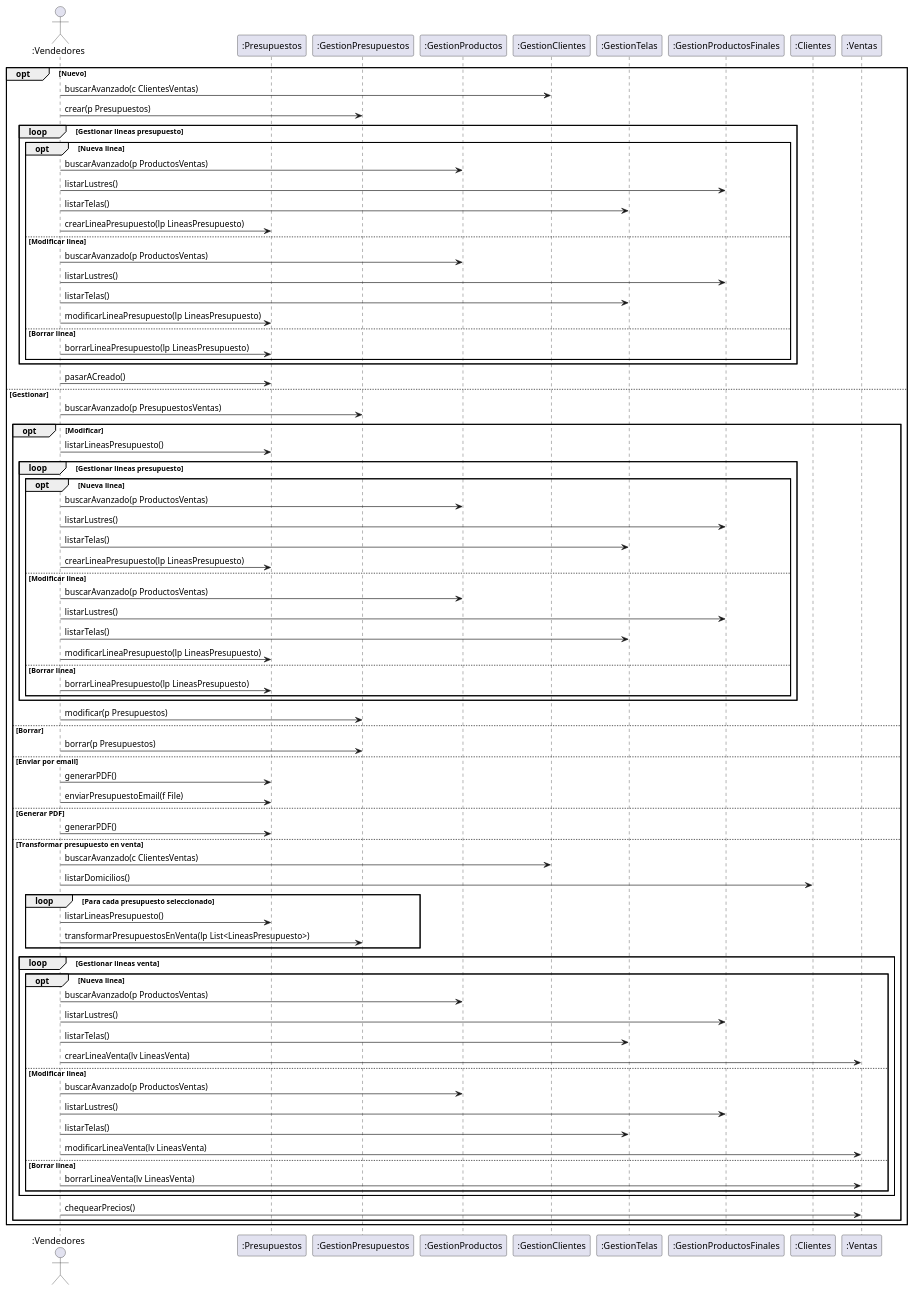
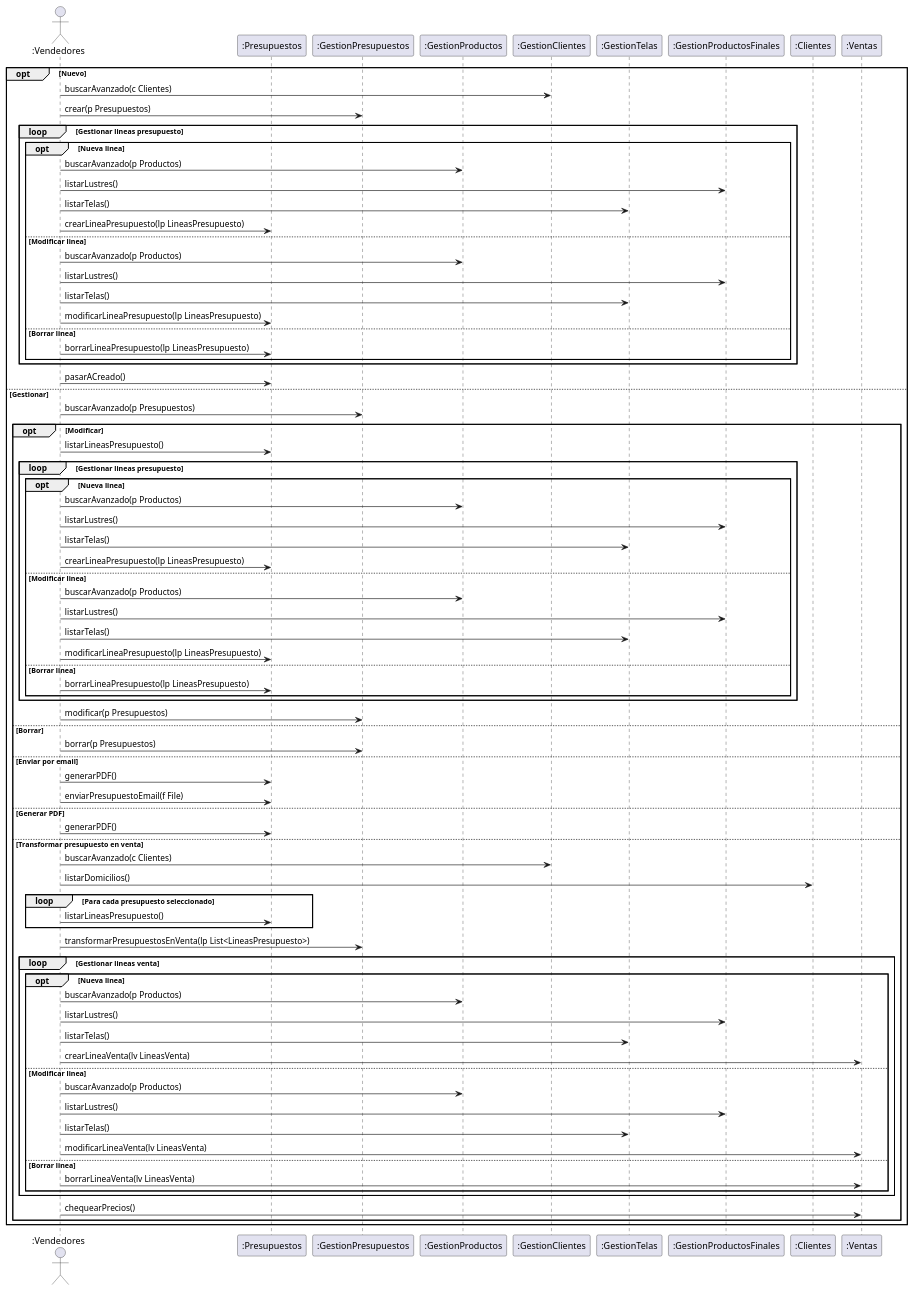
The third of 4 diagrams in DiagramasSecuencia/DiagramaDeSecuencia.puml (ZMGestion/DocumentacionZMGestion), drawn with PlantUML before and after one commit. The commit also changed other lines of this file and 1 other file, not shown here.

Commit message:
Cambios DiagramaDeSecuencia

```diff
--- a/DiagramasSecuencia/DiagramaDeSecuencia.puml
+++ b/DiagramasSecuencia/DiagramaDeSecuencia.puml
@@ -72,83 +83,83 @@
 @startuml GestionPresupuestos
     actor ":Vendedores" as Vendedores
     participant ":Presupuestos" as Presupuestos
     participant ":GestionPresupuestos" as GestionPresupuestos
     participant ":GestionProductos" as GestionProductos
     participant ":GestionClientes" as GestionClientes
     participant ":GestionTelas" as GestionTelas
     participant ":GestionProductosFinales" as GestionProductosFinales
     participant ":Clientes" as Clientes
     participant ":Ventas" as Ventas
 
     opt Nuevo
-        Vendedores -> GestionClientes: buscarAvanzado(c ClientesVentas)
+        Vendedores -> GestionClientes: buscarAvanzado(c Clientes)
         Vendedores -> GestionPresupuestos: crear(p Presupuestos)
         loop Gestionar lineas presupuesto
             opt Nueva linea
-                Vendedores -> GestionProductos: buscarAvanzado(p ProductosVentas)
+                Vendedores -> GestionProductos: buscarAvanzado(p Productos)
                 Vendedores -> GestionProductosFinales: listarLustres()
                 Vendedores -> GestionTelas: listarTelas()
                 Vendedores -> Presupuestos: crearLineaPresupuesto(lp LineasPresupuesto)
             else Modificar linea
-                Vendedores -> GestionProductos: buscarAvanzado(p ProductosVentas)
+                Vendedores -> GestionProductos: buscarAvanzado(p Productos)
                 Vendedores -> GestionProductosFinales: listarLustres()
                 Vendedores -> GestionTelas: listarTelas()
                 Vendedores -> Presupuestos: modificarLineaPresupuesto(lp LineasPresupuesto)
             else Borrar linea
                 Vendedores -> Presupuestos: borrarLineaPresupuesto(lp LineasPresupuesto)
             end
         end 
         Vendedores -> Presupuestos: pasarACreado()
     else Gestionar
-        Vendedores -> GestionPresupuestos: buscarAvanzado(p PresupuestosVentas)
+        Vendedores -> GestionPresupuestos: buscarAvanzado(p Presupuestos)
         opt Modificar
             Vendedores -> Presupuestos: listarLineasPresupuesto()
             loop Gestionar lineas presupuesto
                 opt Nueva linea
-                    Vendedores -> GestionProductos: buscarAvanzado(p ProductosVentas)
+                    Vendedores -> GestionProductos: buscarAvanzado(p Productos)
                     Vendedores -> GestionProductosFinales: listarLustres()
                     Vendedores -> GestionTelas: listarTelas()
                     Vendedores -> Presupuestos: crearLineaPresupuesto(lp LineasPresupuesto)
                 else Modificar linea
-                    Vendedores -> GestionProductos: buscarAvanzado(p ProductosVentas)
+                    Vendedores -> GestionProductos: buscarAvanzado(p Productos)
                     Vendedores -> GestionProductosFinales: listarLustres()
                     Vendedores -> GestionTelas: listarTelas()
                     Vendedores -> Presupuestos: modificarLineaPresupuesto(lp LineasPresupuesto)
                 else Borrar linea
                     Vendedores -> Presupuestos: borrarLineaPresupuesto(lp LineasPresupuesto)
                 end
             end
             Vendedores -> GestionPresupuestos: modificar(p Presupuestos)
         else Borrar
             Vendedores -> GestionPresupuestos: borrar(p Presupuestos)
         else Enviar por email
             Vendedores -> Presupuestos: generarPDF()
             Vendedores -> Presupuestos: enviarPresupuestoEmail(f File)
         else Generar PDF
             Vendedores -> Presupuestos: generarPDF()
         else Transformar presupuesto en venta
-            Vendedores -> GestionClientes: buscarAvanzado(c ClientesVentas)
+            Vendedores -> GestionClientes: buscarAvanzado(c Clientes)
             Vendedores -> Clientes: listarDomicilios()
             loop Para cada presupuesto seleccionado
                 Vendedores -> Presupuestos: listarLineasPresupuesto()
-                Vendedores -> GestionPresupuestos: transformarPresupuestosEnVenta(lp List<LineasPresupuesto>)
             end
+            Vendedores -> GestionPresupuestos: transformarPresupuestosEnVenta(lp List<LineasPresupuesto>)
             loop Gestionar lineas venta
                 opt Nueva linea
-                    Vendedores -> GestionProductos: buscarAvanzado(p ProductosVentas)
+                    Vendedores -> GestionProductos: buscarAvanzado(p Productos)
                     Vendedores -> GestionProductosFinales: listarLustres()
                     Vendedores -> GestionTelas: listarTelas()
                     Vendedores -> Ventas: crearLineaVenta(lv LineasVenta)
                 else Modificar linea
-                    Vendedores -> GestionProductos: buscarAvanzado(p ProductosVentas)
+                    Vendedores -> GestionProductos: buscarAvanzado(p Productos)
                     Vendedores -> GestionProductosFinales: listarLustres()
                     Vendedores -> GestionTelas: listarTelas()
                     Vendedores -> Ventas: modificarLineaVenta(lv LineasVenta)
                 else Borrar linea
                     Vendedores -> Ventas: borrarLineaVenta(lv LineasVenta)
                 end
             end
             Vendedores -> Ventas: chequearPrecios()
         end
     end
 @enduml
```
